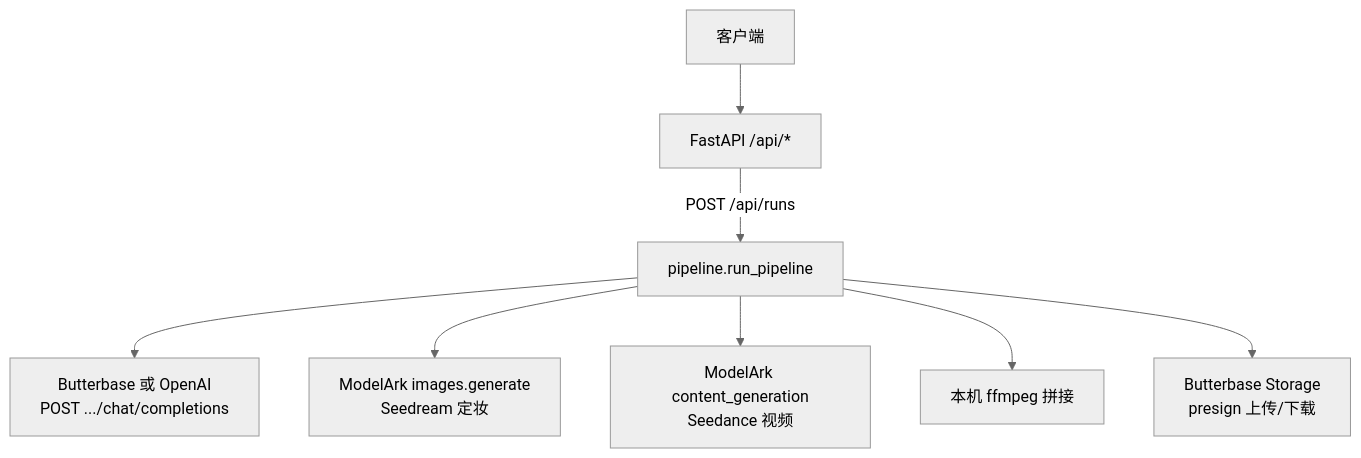
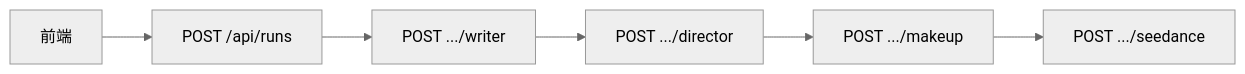
One commit to Harvey-Yuan/seedance_video_demo changed the diagram in API.md. Above: the diagram before and after it, drawn with Mermaid (neutral theme). The commit also changed other lines of this file and 7 other files, not shown here.

````diff
--- a/API.md
+++ b/API.md
@@ -12,19 +11,10 @@
 ```mermaid
-flowchart TB
-  client[客户端]
-  api[FastAPI /api/*]
-  pipe[pipeline.run_pipeline]
-  llm[Butterbase 或 OpenAI\nPOST .../chat/completions]
-  img[ModelArk images.generate\nSeedream 定妆]
-  vid[ModelArk content_generation\nSeedance 视频]
-  ff[本机 ffmpeg 拼接]
-  st[Butterbase Storage\npresign 上传/下载]
-
-  client --> api
-  api -->|POST /api/runs| pipe
-  pipe --> llm
-  pipe --> img
-  pipe --> vid
-  pipe --> ff
-  pipe --> st
+flowchart LR
+  fe[前端]
+  r[POST /api/runs]
+  w[POST .../writer]
+  d[POST .../director]
+  m[POST .../makeup]
+  s[POST .../seedance]
+  fe --> r --> w --> d --> m --> s
 ```
````
